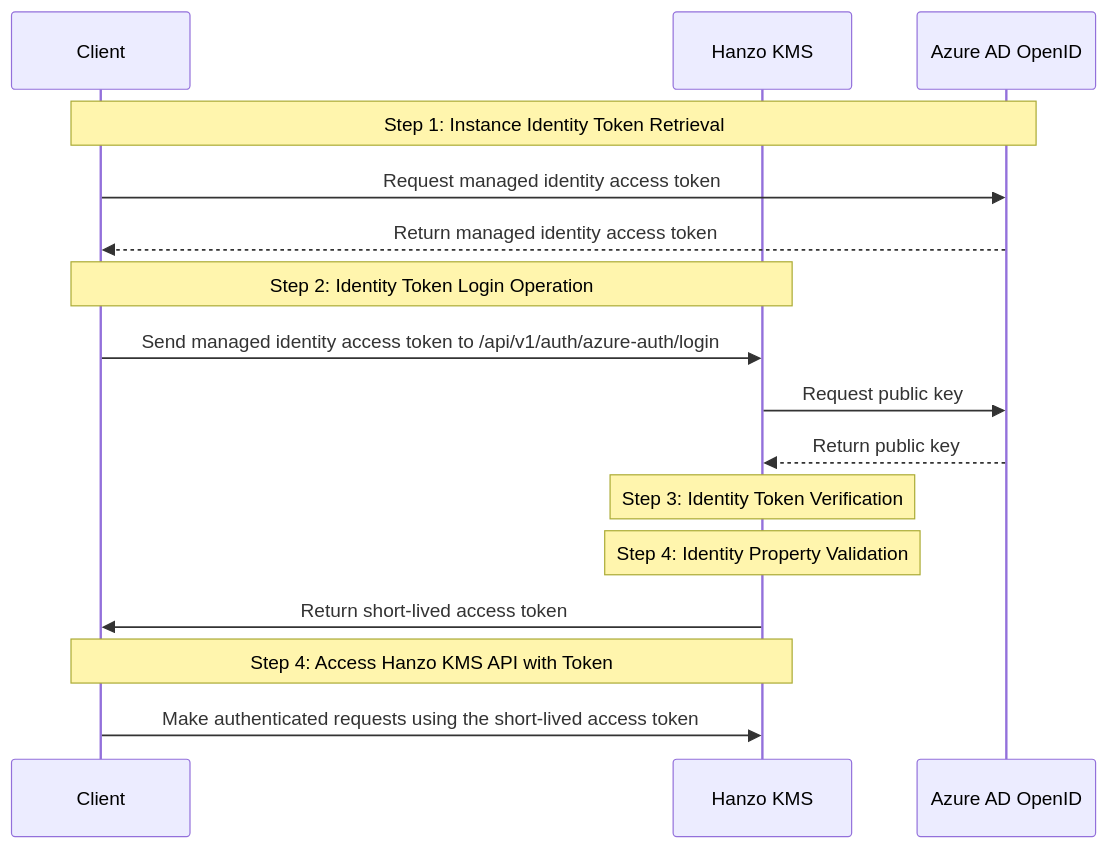
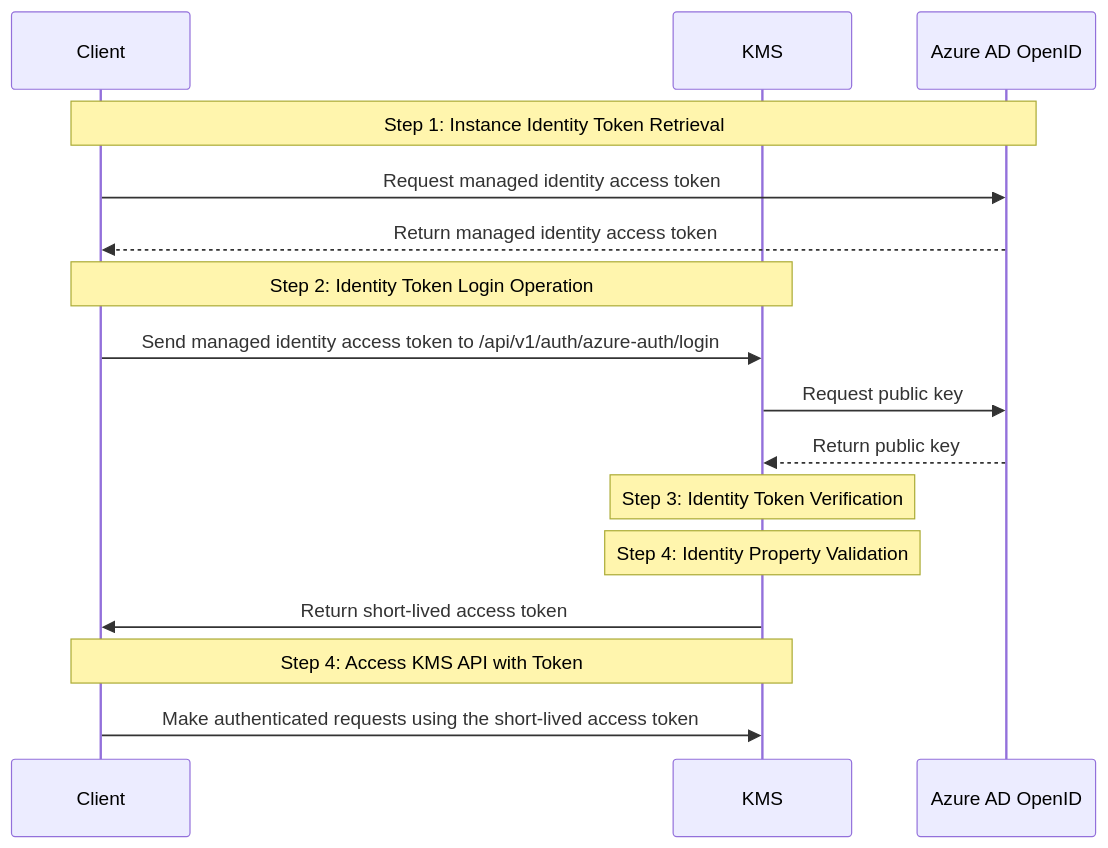
Before and after one commit to hanzoai/kms: the diagram in docs/documentation/platform/identities/azure-auth.mdx, drawn with Mermaid. The commit also changed other lines of this file and 855 other files, not shown here.

````diff
--- a/docs/documentation/platform/identities/azure-auth.mdx
+++ b/docs/documentation/platform/identities/azure-auth.mdx
@@ -12,22 +12,22 @@
 ```mermaid
 sequenceDiagram
   participant Client as Client
-  participant Infis as Hanzo KMS
+  participant Infis as KMS
   participant Azure as Azure AD OpenID
 
   Note over Client,Azure: Step 1: Instance Identity Token Retrieval
   Client->>Azure: Request managed identity access token
   Azure-->>Client: Return managed identity access token
 
   Note over Client,Infis: Step 2: Identity Token Login Operation
   Client->>Infis: Send managed identity access token to /api/v1/auth/azure-auth/login
   Infis->>Azure: Request public key
   Azure-->>Infis: Return public key
 
   Note over Infis: Step 3: Identity Token Verification
   Note over Infis: Step 4: Identity Property Validation
   Infis->>Client: Return short-lived access token
 
-  Note over Client,Infis: Step 4: Access Hanzo KMS API with Token
+  Note over Client,Infis: Step 4: Access KMS API with Token
   Client->>Infis: Make authenticated requests using the short-lived access token
 ```
````
